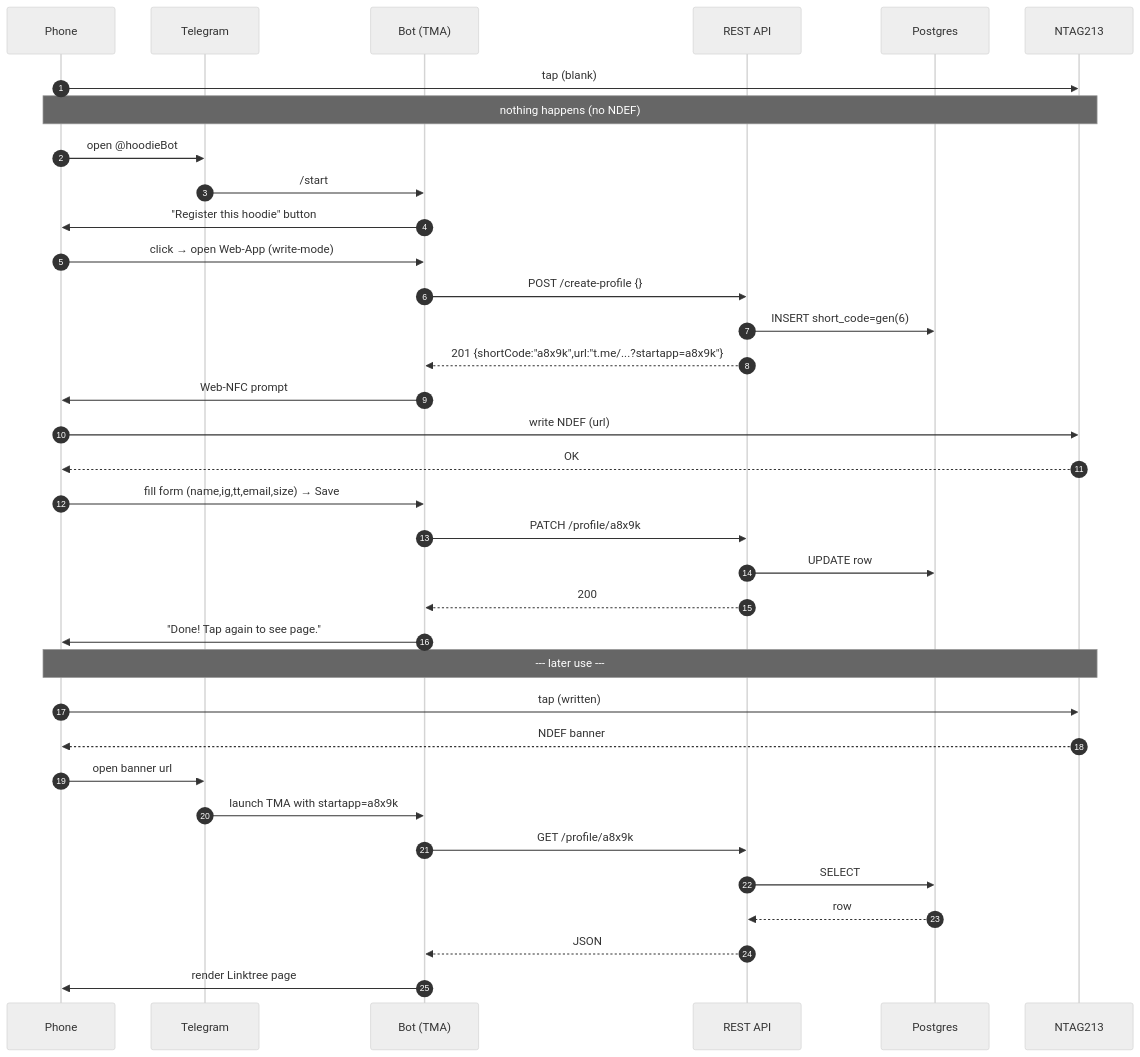
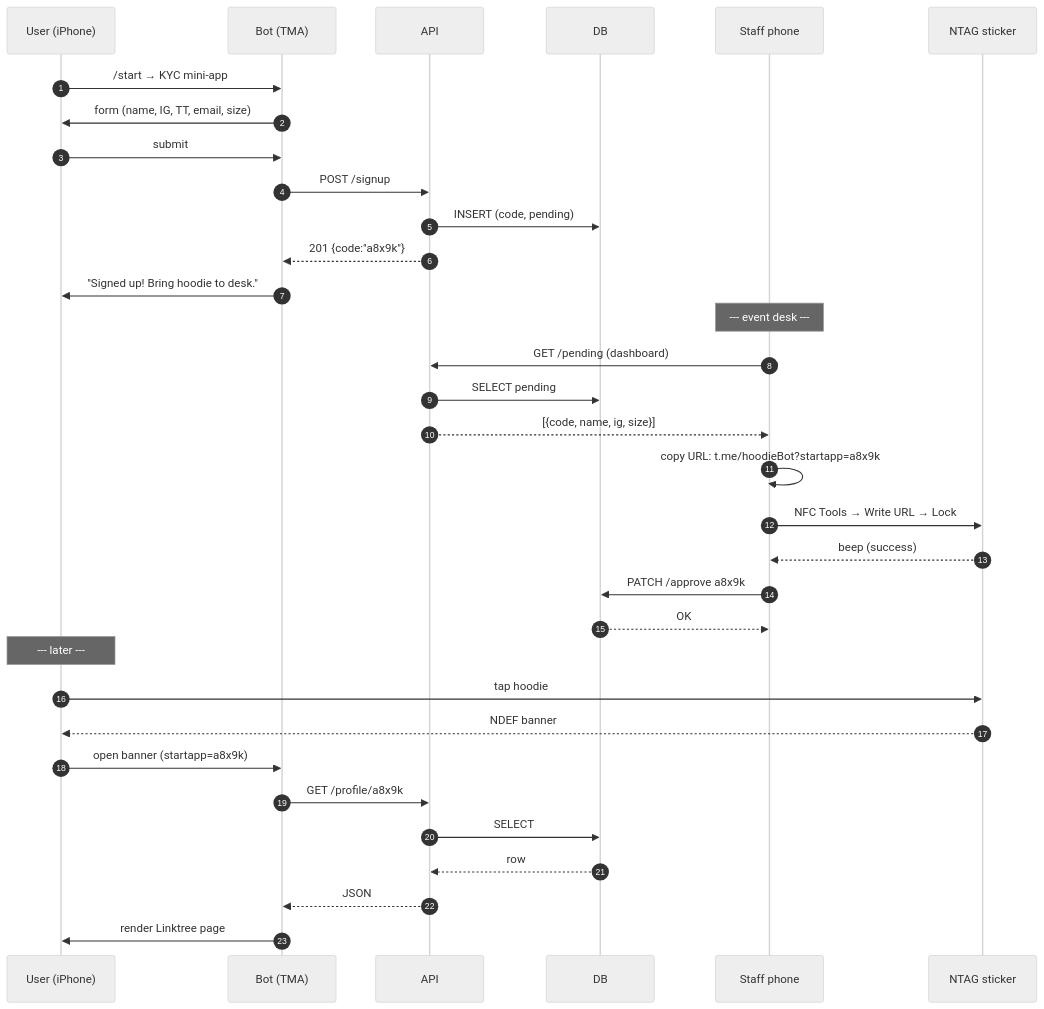
The diagram in README.md (madschristensen99/nfcTON), drawn with Mermaid (neutral theme) before and after one commit. The commit also changed other lines of this file, not shown here.

````diff
--- a/README.md
+++ b/README.md
@@ -10,39 +15,39 @@
 ```mermaid
 sequenceDiagram
-    autonumber
-    participant A as Phone
-    participant TG as Telegram
-    participant Bot as Bot (TMA)
-    participant API as REST API
-    participant DB as Postgres
-    participant Tag as NTAG213
+  autonumber
+  participant U as User (iPhone)
+  participant B as Bot (TMA)
+  participant A as API
+  participant D as DB
+  participant S as Staff phone
+  participant T as NTAG sticker
 
-    A->>Tag: tap (blank)
-    Note over A,Tag: nothing happens (no NDEF)
-    A->>TG: open @hoodieBot
-    TG->>Bot: /start
-    Bot->>A: "Register this hoodie" button
-    A->>Bot: click → open Web-App (write-mode)
-    Bot->>API: POST /create-profile {}
-    API->>DB: INSERT short_code=gen(6)
-    API-->>Bot: 201 {shortCode:"a8x9k",url:"t.me/...?startapp=a8x9k"}
-    Bot->>A: Web-NFC prompt
-    A->>Tag: write NDEF (url)
-    Tag-->>A: OK
-    A->>Bot: fill form (name,ig,tt,email,size) → Save
-    Bot->>API: PATCH /profile/a8x9k
-    API->>DB: UPDATE row
-    API-->>Bot: 200
-    Bot->>A: "Done! Tap again to see page."
+  U->>B: /start → KYC mini-app
+  B->>U: form (name, IG, TT, email, size)
+  U->>B: submit
+  B->>A: POST /signup
+  A->>D: INSERT (code, pending)
+  A-->>B: 201 {code:"a8x9k"}
+  B->>U: "Signed up! Bring hoodie to desk."
 
-    Note over A,Tag: --- later use ---
-    A->>Tag: tap (written)
-    Tag-->>A: NDEF banner
-    A->>TG: open banner url
-    TG->>Bot: launch TMA with startapp=a8x9k
-    Bot->>API: GET /profile/a8x9k
-    API->>DB: SELECT
-    DB-->>API: row
-    API-->>Bot: JSON
-    Bot->>A: render Linktree page
+  Note over S: --- event desk ---
+  S->>A: GET /pending (dashboard)
+  A->>D: SELECT pending
+  A-->>S: [{code, name, ig, size}]
+
+  S->>S: copy URL: t.me/hoodieBot?startapp=a8x9k
+  S->>T: NFC Tools → Write URL → Lock
+  T-->>S: beep (success)
+  S->>D: PATCH /approve a8x9k
+  D-->>S: OK
+
+  Note over U: --- later ---
+  U->>T: tap hoodie
+  T-->>U: NDEF banner
+  U->>B: open banner (startapp=a8x9k)
+  B->>A: GET /profile/a8x9k
+  A->>D: SELECT
+  D-->>A: row
+  A-->>B: JSON
+  B->>U: render Linktree page
 ```
````
